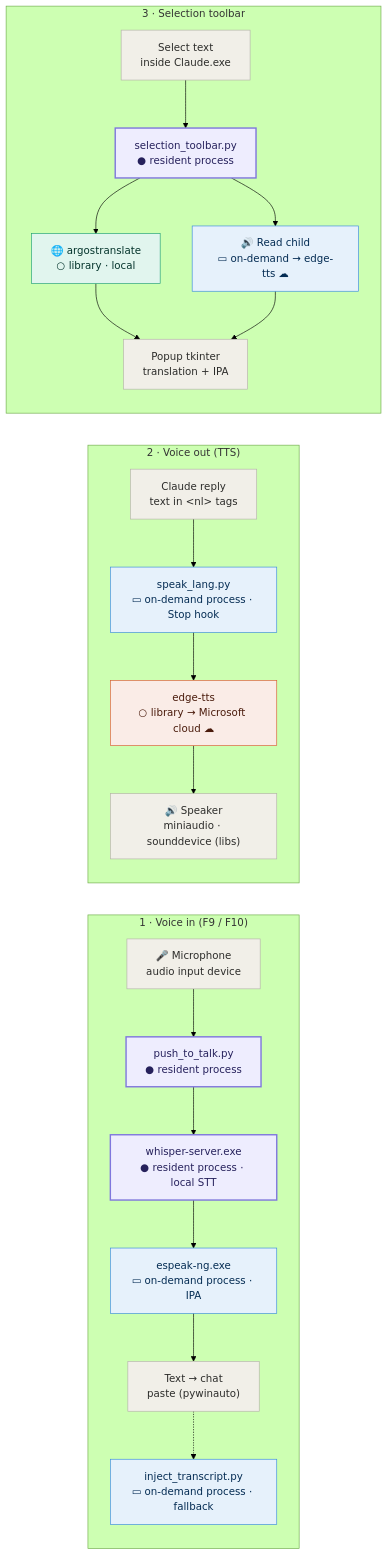
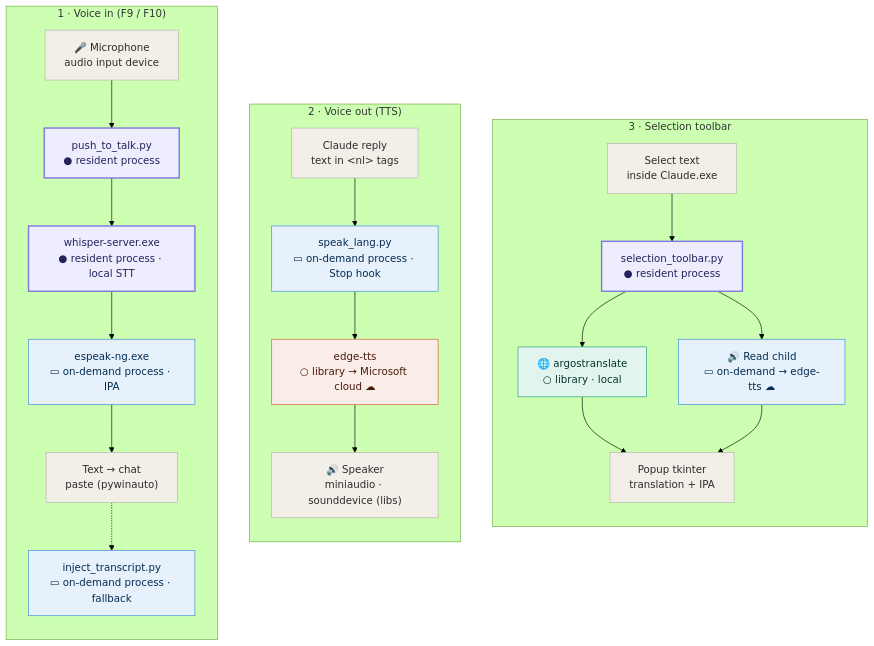
The diagram in README.md (Dimoniada/claude-speech-skill), drawn with Mermaid (forest theme) before and after one commit.

Commit message:
docs: fix process-diagram layout — pin lanes left-to-right (#27)
The three flows had no edges between them, so Mermaid's dagre engine
stacked the subgraphs vertically and in reverse order (3, 2, 1). Add
invisible links (I1 ~~~ O1 ~~~ T1) so the lanes render as side-by-side
columns in order 1 → 2 → 3, while each lane keeps its top-to-bottom flow.

````diff
--- a/README.md
+++ b/README.md
@@ -30,41 +30,45 @@
 ```mermaid
 flowchart LR
   subgraph IN["1 · Voice in (F9 / F10)"]
     direction TB
     I1["🎤 Microphone<br/>audio input device"]:::io
     I2["push_to_talk.py<br/>● resident process"]:::resident
     I3["whisper-server.exe<br/>● resident process · local STT"]:::resident
     I4["espeak-ng.exe<br/>▭ on-demand process · IPA"]:::ondemand
     I5["Text → chat<br/>paste (pywinauto)"]:::io
     I6["inject_transcript.py<br/>▭ on-demand process · fallback"]:::ondemand
     I1 --> I2 --> I3 --> I4 --> I5
     I5 -.-> I6
   end
 
   subgraph OUT["2 · Voice out (TTS)"]
     direction TB
     O1["Claude reply<br/>text in &lt;nl&gt; tags"]:::io
     O2["speak_lang.py<br/>▭ on-demand process · Stop hook"]:::ondemand
     O3["edge-tts<br/>○ library → Microsoft cloud ☁"]:::remote
     O4["🔊 Speaker<br/>miniaudio · sounddevice (libs)"]:::io
     O1 --> O2 --> O3 --> O4
   end
 
   subgraph TBR["3 · Selection toolbar"]
     direction TB
     T1["Select text<br/>inside Claude.exe"]:::io
     T2["selection_toolbar.py<br/>● resident process"]:::resident
     T3["🌐 argostranslate<br/>○ library · local"]:::library
     T4["🔊 Read child<br/>▭ on-demand → edge-tts ☁"]:::ondemand
     T5["Popup tkinter<br/>translation + IPA"]:::io
     T1 --> T2
     T2 --> T3 --> T5
     T2 --> T4 --> T5
   end
 
+  %% invisible links pin the lane order left-to-right (1 → 2 → 3)
+  I1 ~~~ O1
+  O1 ~~~ T1
+
   classDef resident fill:#EEEDFE,stroke:#7F77DD,stroke-width:2.2px,color:#26215C;
   classDef ondemand fill:#E6F1FB,stroke:#378ADD,color:#042C53;
   classDef library fill:#E1F5EE,stroke:#1D9E75,color:#04342C;
   classDef remote fill:#FAECE7,stroke:#D85A30,color:#4A1B0C;
   classDef io fill:#F1EFE8,stroke:#B4B2A9,color:#2C2C2A;
 ```
````
